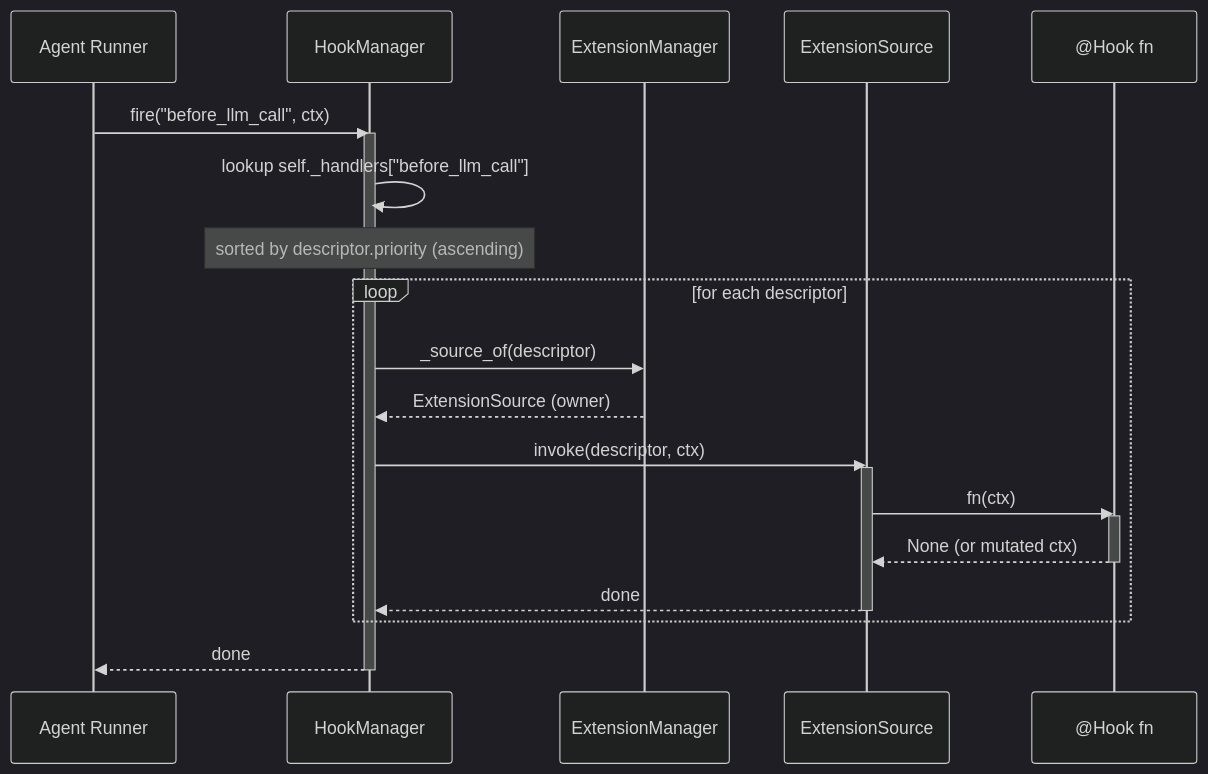
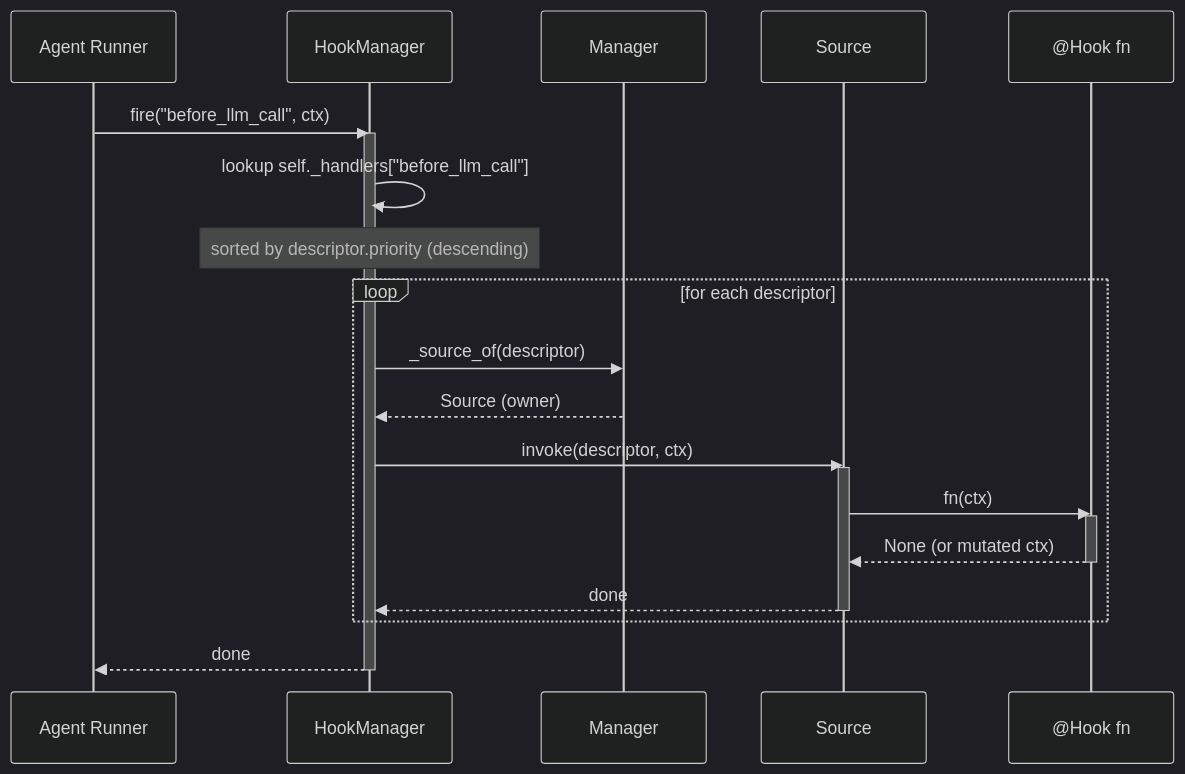
The first of 12 diagrams in visuals.md (matrixd0t/commamatrix), drawn with Mermaid (dark theme) before and after one commit. The commit also changed other lines of this file and 34 other files, not shown here.

````diff
--- a/visuals.md
+++ b/visuals.md
@@ -5,30 +5,30 @@
 ```mermaid
 sequenceDiagram
     participant Runner as Agent Runner
     participant HM as HookManager
-    participant ExtMgr as ExtensionManager
-    participant Sources as ExtensionSource
+    participant ExtMgr as Manager
+    participant Sources as Source
     participant Handler as @Hook fn
 
     Runner->>HM: fire("before_llm_call", ctx)
     activate HM
 
     HM->>HM: lookup self._handlers["before_llm_call"]
-    Note over HM: sorted by descriptor.priority (ascending)
+    Note over HM: sorted by descriptor.priority (descending)
 
     loop for each descriptor
         HM->>ExtMgr: _source_of(descriptor)
-        ExtMgr-->>HM: ExtensionSource (owner)
+        ExtMgr-->>HM: Source (owner)
         HM->>Sources: invoke(descriptor, ctx)
         activate Sources
         Sources->>Handler: fn(ctx)
         activate Handler
         Handler-->>Sources: None (or mutated ctx)
         deactivate Handler
         Sources-->>HM: done
         deactivate Sources
     end
 
     HM-->>Runner: done
     deactivate HM
 ```
````
